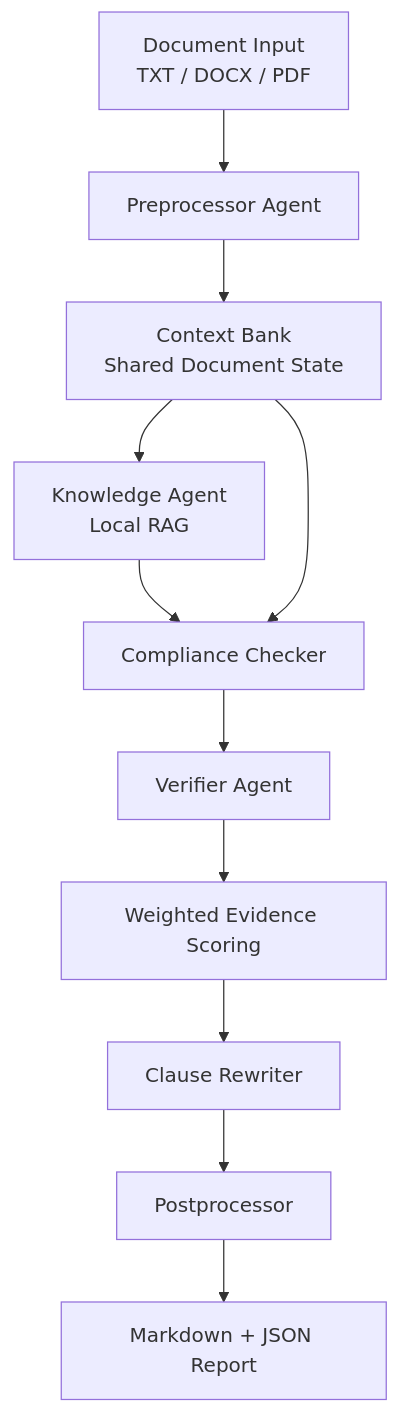
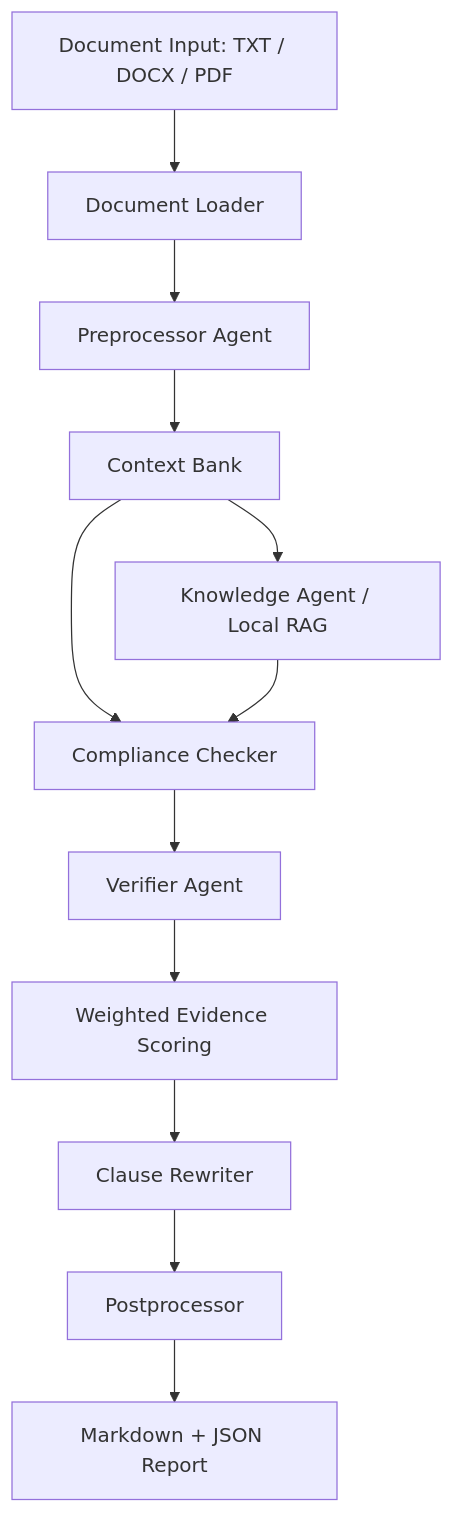
The diagram in README.md (arpitJ-dev/ClauseGuard-Agent), drawn with Mermaid before and after one commit. The commit also changed other lines of this file, not shown here.

Commit message:
Polish ClauseGuard README

````diff
--- a/README.md
+++ b/README.md
@@ -25,13 +44,14 @@
 ```mermaid
 flowchart TD
-    A[Document Input<br/>TXT / DOCX / PDF] --> B[Preprocessor Agent]
-    B --> C[Context Bank<br/>Shared Document State]
-    C --> D[Knowledge Agent<br/>Local RAG]
-    D --> E[Compliance Checker]
-    C --> E
-    E --> F[Verifier Agent]
-    F --> G[Weighted Evidence Scoring]
-    G --> H[Clause Rewriter]
-    H --> I[Postprocessor]
-    I --> J[Markdown + JSON Report]
+    A[Document Input: TXT / DOCX / PDF] --> B[Document Loader]
+    B --> C[Preprocessor Agent]
+    C --> D[Context Bank]
+    D --> E[Knowledge Agent / Local RAG]
+    D --> F[Compliance Checker]
+    E --> F
+    F --> G[Verifier Agent]
+    G --> H[Weighted Evidence Scoring]
+    H --> I[Clause Rewriter]
+    I --> J[Postprocessor]
+    J --> K[Markdown + JSON Report]
 ```
````
